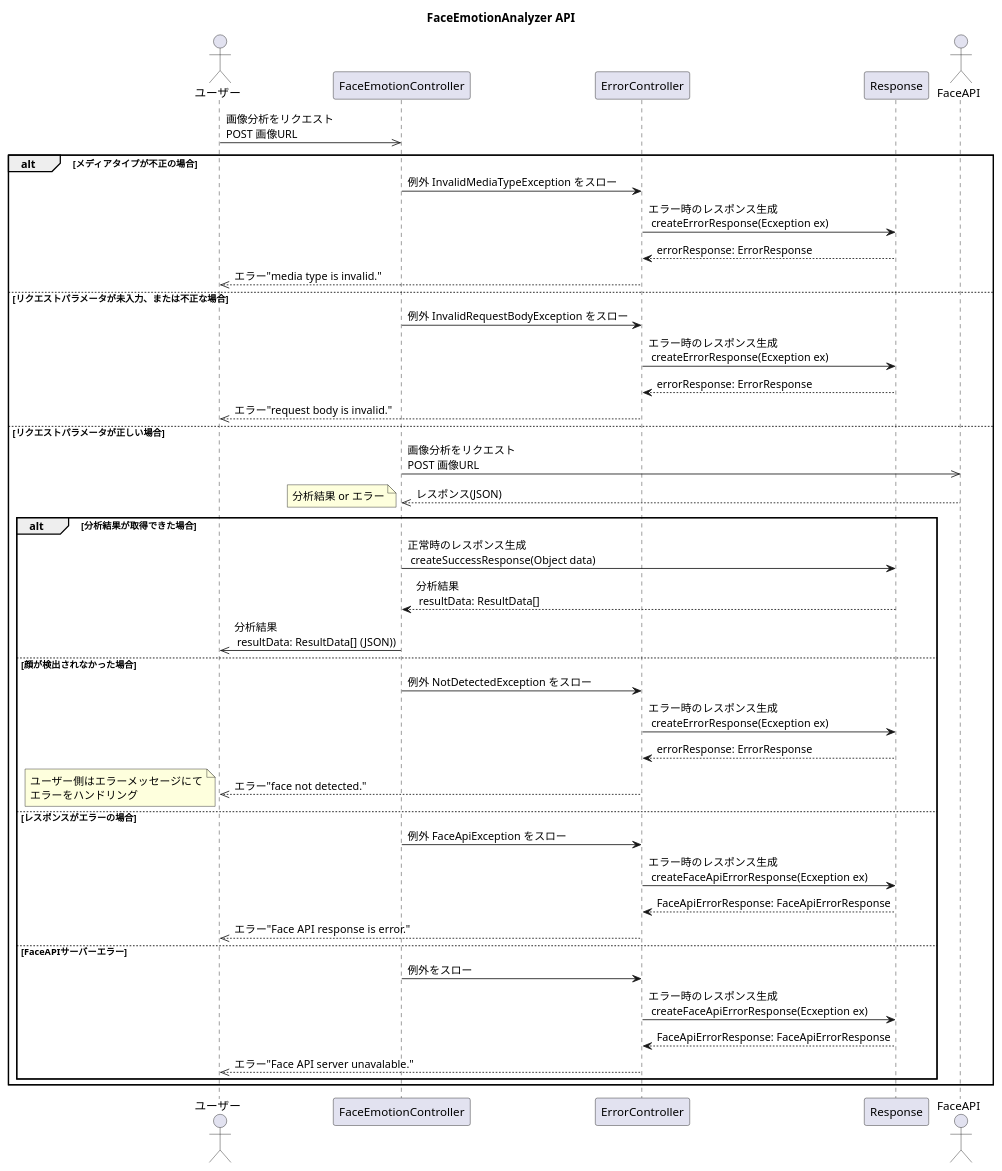
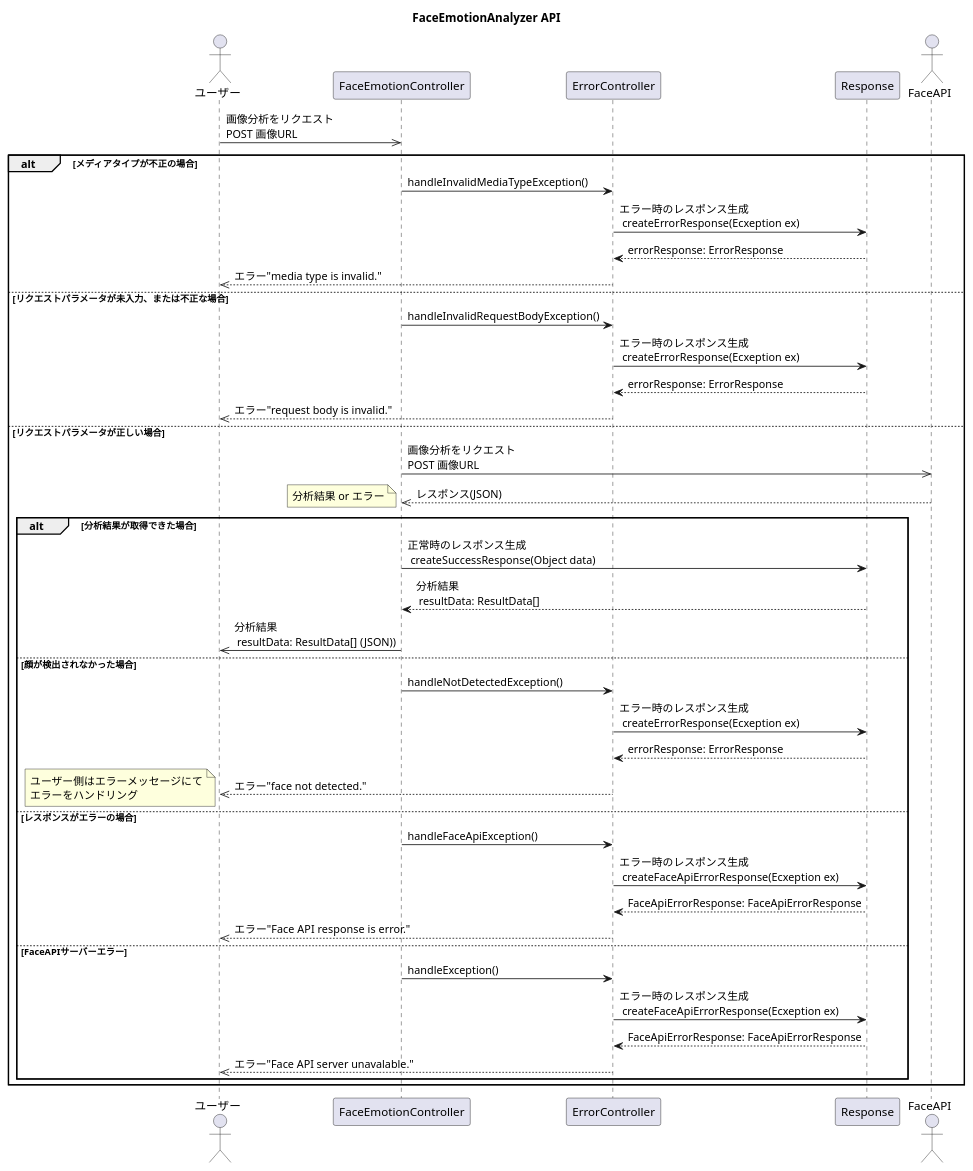
One commit to nishikawa1114/FaceEmotionSystem changed the diagram in doc/uml/seqDaigApi.pu. Above: the diagram before and after it, drawn with PlantUML. The commit also changed 3 other files, not shown here.

Commit message:
シーケンス図　例外の記述を削除

```diff
--- a/doc/uml/seqDaigApi.pu
+++ b/doc/uml/seqDaigApi.pu
@@ -1,56 +1,52 @@
 @startuml
 title FaceEmotionAnalyzer API
 
 actor ユーザー
 participant FaceEmotionController
 participant ErrorController
 participant Response
 actor FaceAPI
 
 ユーザー ->> FaceEmotionController: 画像分析をリクエスト\nPOST 画像URL
 
 alt メディアタイプが不正の場合
-    FaceEmotionController -> ErrorController: 例外 InvalidMediaTypeException をスロー
+    FaceEmotionController -> ErrorController: handleInvalidMediaTypeException()
     ErrorController -> Response: エラー時のレスポンス生成\n createErrorResponse(Ecxeption ex)
     ErrorController <-- Response: errorResponse: ErrorResponse
     ユーザー <<-- ErrorController: エラー"media type is invalid."
 
 else リクエストパラメータが未入力、または不正な場合
-    FaceEmotionController -> ErrorController: 例外 InvalidRequestBodyException をスロー
+    FaceEmotionController -> ErrorController: handleInvalidRequestBodyException()
     ErrorController -> Response: エラー時のレスポンス生成\n createErrorResponse(Ecxeption ex)
     ErrorController <-- Response: errorResponse: ErrorResponse
     ユーザー <<-- ErrorController: エラー"request body is invalid."
 
 else リクエストパラメータが正しい場合
     FaceEmotionController ->> FaceAPI: 画像分析をリクエスト\nPOST 画像URL
     FaceEmotionController <<-- FaceAPI: レスポンス(JSON)
     note left: 分析結果 or エラー
 
     alt 分析結果が取得できた場合
         FaceEmotionController -> Response: 正常時のレスポンス生成\n createSuccessResponse(Object data)
         FaceEmotionController <-- Response: 分析結果\n resultData: ResultData[]
         ユーザー <<- FaceEmotionController: 分析結果\n resultData: ResultData[] (JSON))
     else 顔が検出されなかった場合
-        FaceEmotionController -> ErrorController: 例外 NotDetectedException をスロー
+        FaceEmotionController -> ErrorController: handleNotDetectedException()
         ErrorController -> Response: エラー時のレスポンス生成\n createErrorResponse(Ecxeption ex)
         ErrorController <-- Response: errorResponse: ErrorResponse
         ユーザー <<-- ErrorController: エラー"face not detected."
         note left : ユーザー側はエラーメッセージにて\nエラーをハンドリング
     else レスポンスがエラーの場合
-        FaceEmotionController -> ErrorController: 例外 FaceApiException をスロー
+        FaceEmotionController -> ErrorController: handleFaceApiException()
         ErrorController -> Response: エラー時のレスポンス生成\n createFaceApiErrorResponse(Ecxeption ex)
         ErrorController <-- Response: FaceApiErrorResponse: FaceApiErrorResponse
         ユーザー <<-- ErrorController: エラー"Face API response is error."
     else FaceAPIサーバーエラー
-        FaceEmotionController -> ErrorController: 例外をスロー
+        FaceEmotionController -> ErrorController: handleException()
         ErrorController -> Response: エラー時のレスポンス生成\n createFaceApiErrorResponse(Ecxeption ex)
         ErrorController <-- Response: FaceApiErrorResponse: FaceApiErrorResponse
         ユーザー <<-- ErrorController: エラー"Face API server unavalable."
     end
 
-
-
-
 end
-
 @enduml
```
